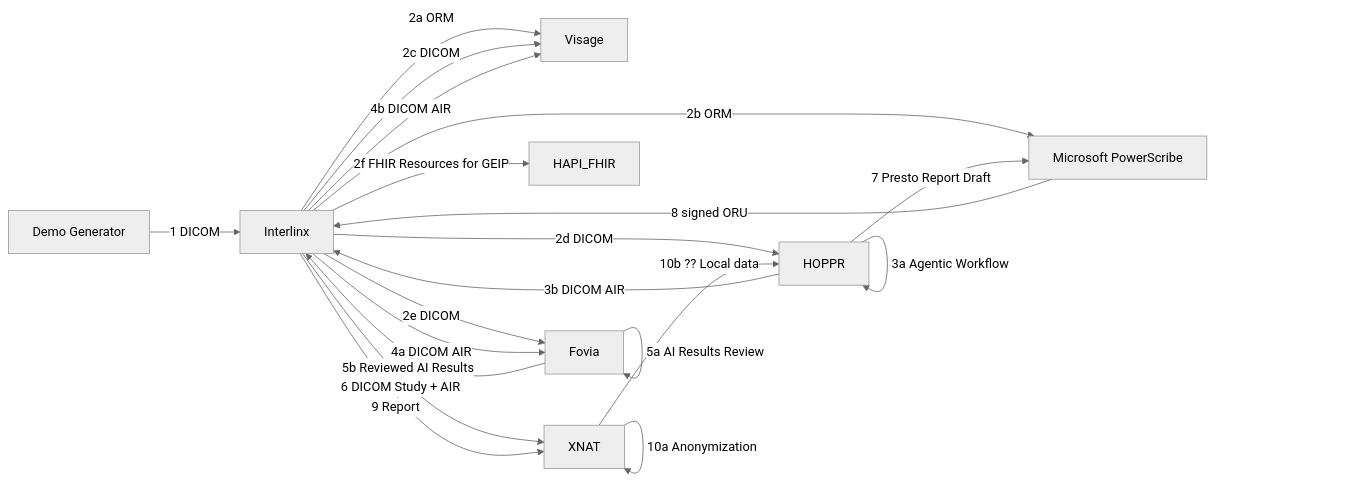
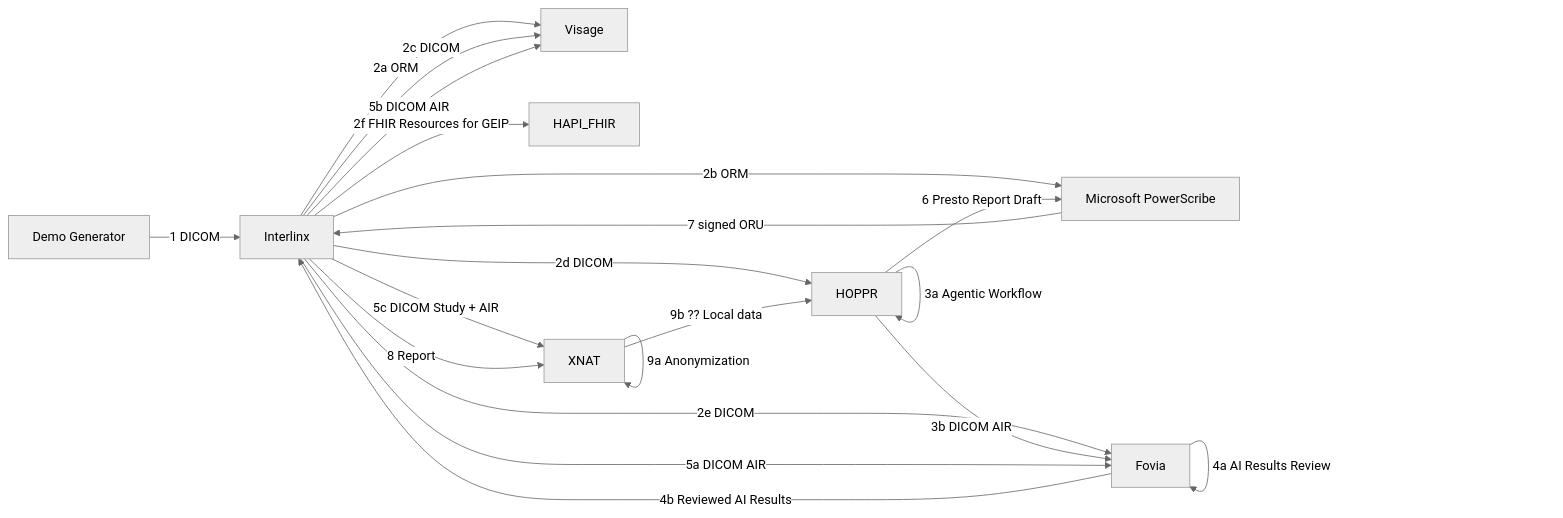
The diagram in edison.md (mohannadhussain/rsna-rr-demo-diagrams), drawn with Mermaid (neutral theme) before and after one commit.

Commit message:
Updated Edison flow

````diff
--- a/edison.md
+++ b/edison.md
@@ -3,34 +3,33 @@
 ```mermaid
 flowchart LR
     Generator[Demo Generator] --> |1 DICOM| Interlinx
     
     %% TODO Where will the PowerScribe bridge be installed?!?
     Interlinx --> |2a ORM| Visage
     Interlinx --> |2b ORM| Microsoft[Microsoft PowerScribe]
     Interlinx --> |2c DICOM| Visage
     Interlinx --> |2d DICOM| HOPPR
     Interlinx --> |2e DICOM| Fovia
     Interlinx --> |2f FHIR Resources for GEIP| HAPI_FHIR
 
     HOPPR --> |3a Agentic Workflow| HOPPR
-    HOPPR --> |3b DICOM AIR| Interlinx
+    HOPPR --> |3b DICOM AIR| Fovia
 
-    Interlinx --> |4a DICOM AIR| Fovia
-    Interlinx --> |4b DICOM AIR| Visage
+    Fovia --> |4a AI Results Review| Fovia
+    Fovia --> |4b Reviewed AI Results| Interlinx
 
-    Fovia --> |5a AI Results Review| Fovia
-    Fovia --> |5b Reviewed AI Results| Interlinx
-
-    Interlinx --> |6 DICOM Study + AIR| XNAT
+    Interlinx --> |5a DICOM AIR| Fovia
+    Interlinx --> |5b DICOM AIR| Visage
+    Interlinx --> |5c DICOM Study + AIR| XNAT
     %% Can Interlinx hold the whole study until this step?!?
 
-    HOPPR --> |7 Presto Report Draft| Microsoft
+    HOPPR --> |6 Presto Report Draft| Microsoft
 
-    Microsoft --> |8 signed ORU| Interlinx
+    Microsoft --> |7 signed ORU| Interlinx
 
-    Interlinx --> |9 Report| XNAT
+    Interlinx --> |8 Report| XNAT
     %% This will be a RESTful call
 
-    XNAT --> |10a Anonymization| XNAT
-    XNAT --> |10b ?? Local data| HOPPR
+    XNAT --> |9a Anonymization| XNAT
+    XNAT --> |9b ?? Local data| HOPPR
 ```
````
